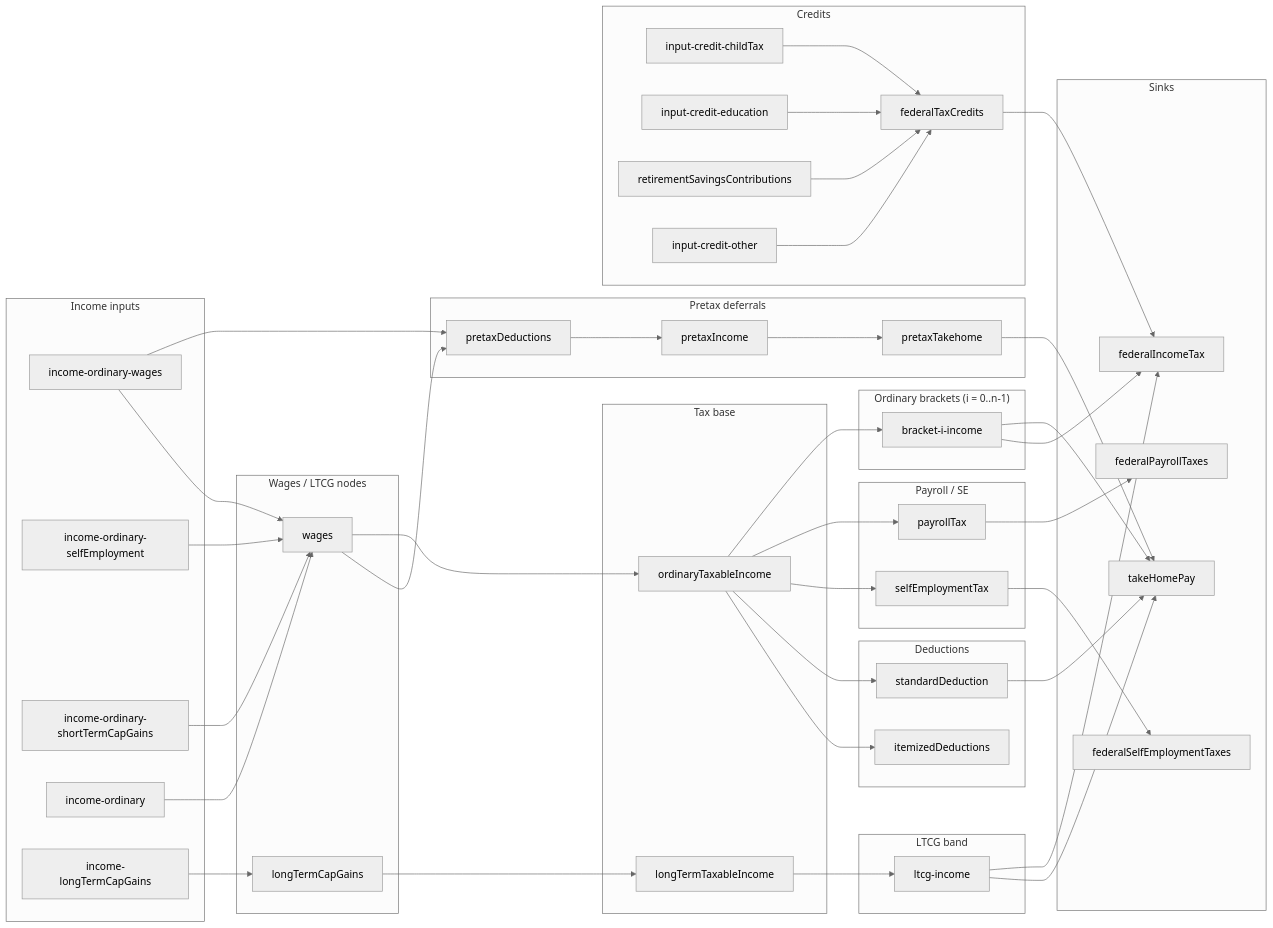
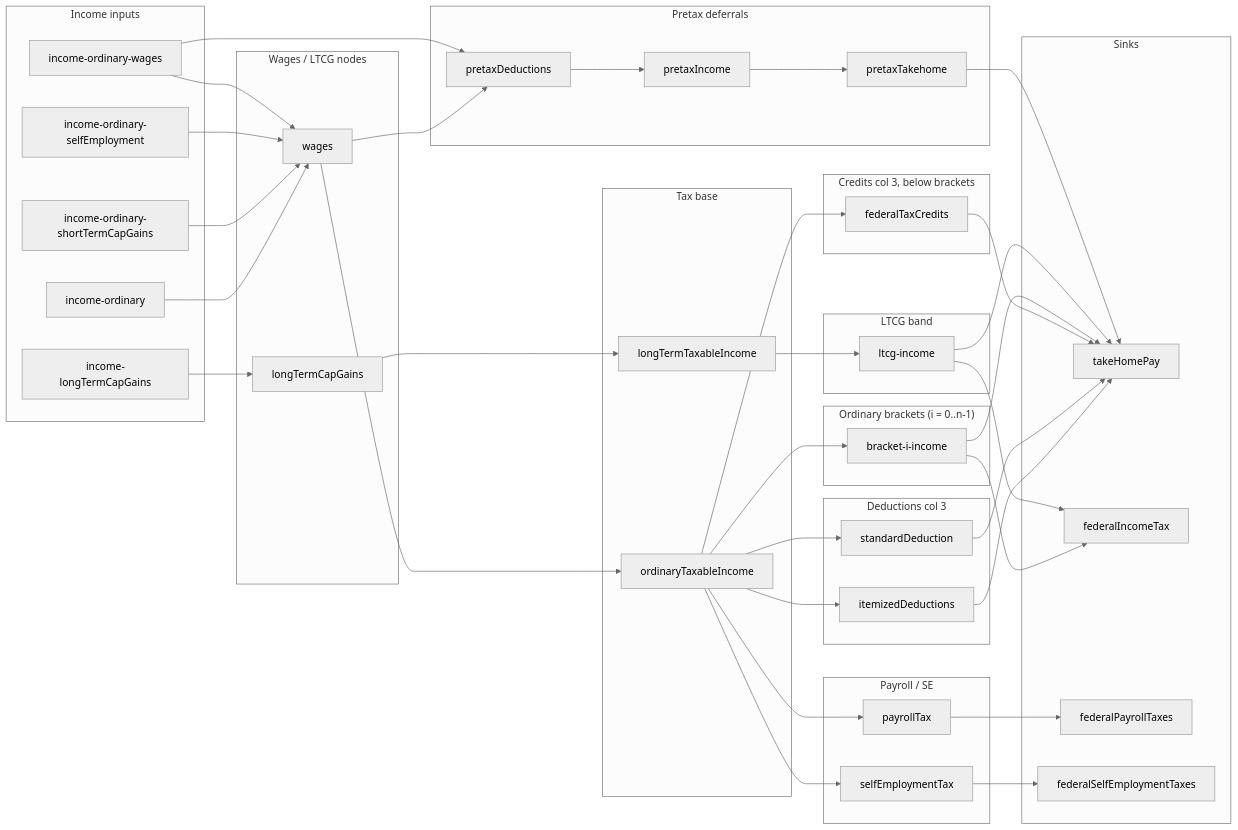
The diagram in docs/sankey-links.md (MaxwellCohen/tax-visualizer), drawn with Mermaid (neutral theme) before and after one commit. The commit also changed other lines of this file and 6 other files, not shown here.

First line of the commit message:
Enhance Sankey diagram documentation and refactor tax input configurations for credits and deductions

````diff
--- a/docs/sankey-links.md
+++ b/docs/sankey-links.md
@@ -28,7 +30,7 @@
     lti["longTermTaxableIncome"]
   end
 
-  subgraph deductions["Deductions"]
+  subgraph deductions["Deductions col 3"]
     std["standardDeduction"]
     item["itemizedDeductions"]
   end
@@ -38,11 +40,7 @@
     setx["selfEmploymentTax"]
   end
 
-  subgraph credits["Credits"]
-    ctc["input-credit-childTax"]
-    edu["input-credit-education"]
-    sav["retirementSavingsContributions"]
-    oth["input-credit-other"]
+  subgraph creditsBand["Credits col 3, below brackets"]
     ftc["federalTaxCredits"]
   end
 
@@ -83,6 +81,9 @@
   bi --> thp
   bi --> fit
 
+  otiN --> ftc
+  ftc --> thp
+
   otiN --> pt
   pt --> fpt
 
@@ -93,10 +94,5 @@
   std --> thp
 
   otiN --> item
-
-  ctc --> ftc
-  edu --> ftc
-  sav --> ftc
-  oth --> ftc
-  ftc --> fit
+  item --> thp
 ```
````
